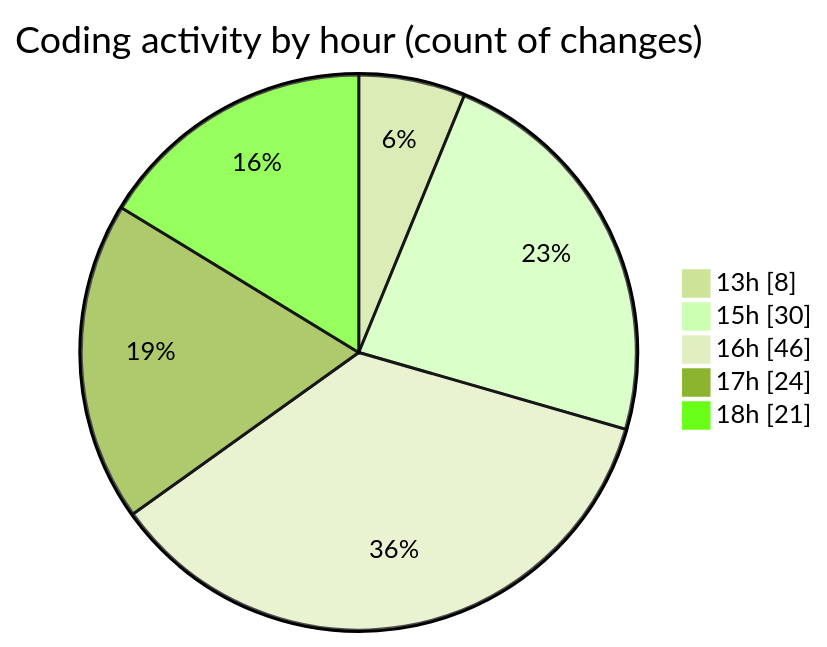
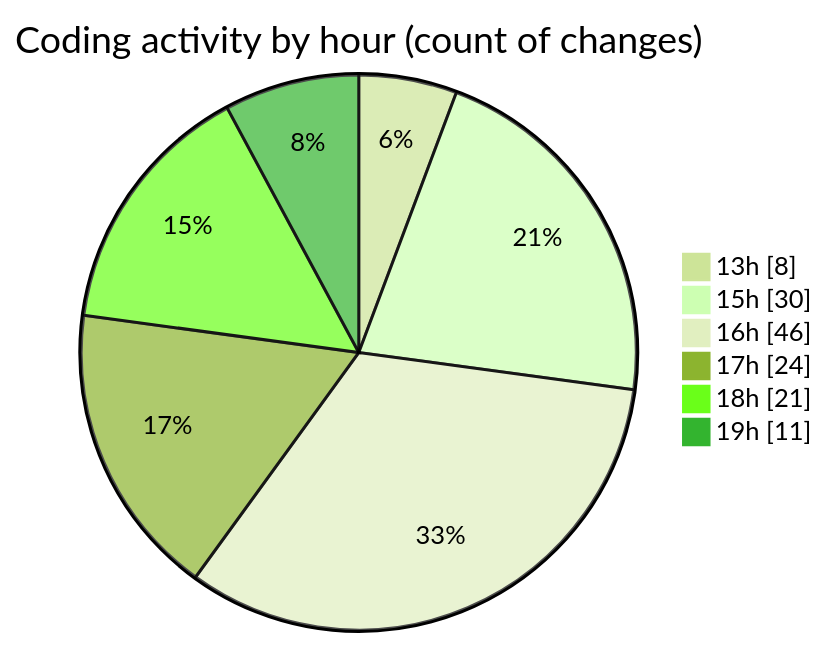
Before and after one commit to nxtqubesakshisongat/code-tracking: the second of 2 diagrams in 2025-04-08/nxtqube_webapp/README.md, drawn with Mermaid (forest theme). The commit also changed other lines of this file and 1 other file, not shown here.

````diff
--- a/2025-04-08/nxtqube_webapp/README.md
+++ b/2025-04-08/nxtqube_webapp/README.md
@@ -33,9 +33,10 @@
 ```mermaid
 pie showData
 title Coding activity by hour (count of changes)
 "13h" : 8
 "15h" : 30
 "16h" : 46
 "17h" : 24
 "18h" : 21
+"19h" : 11
 ```
````
